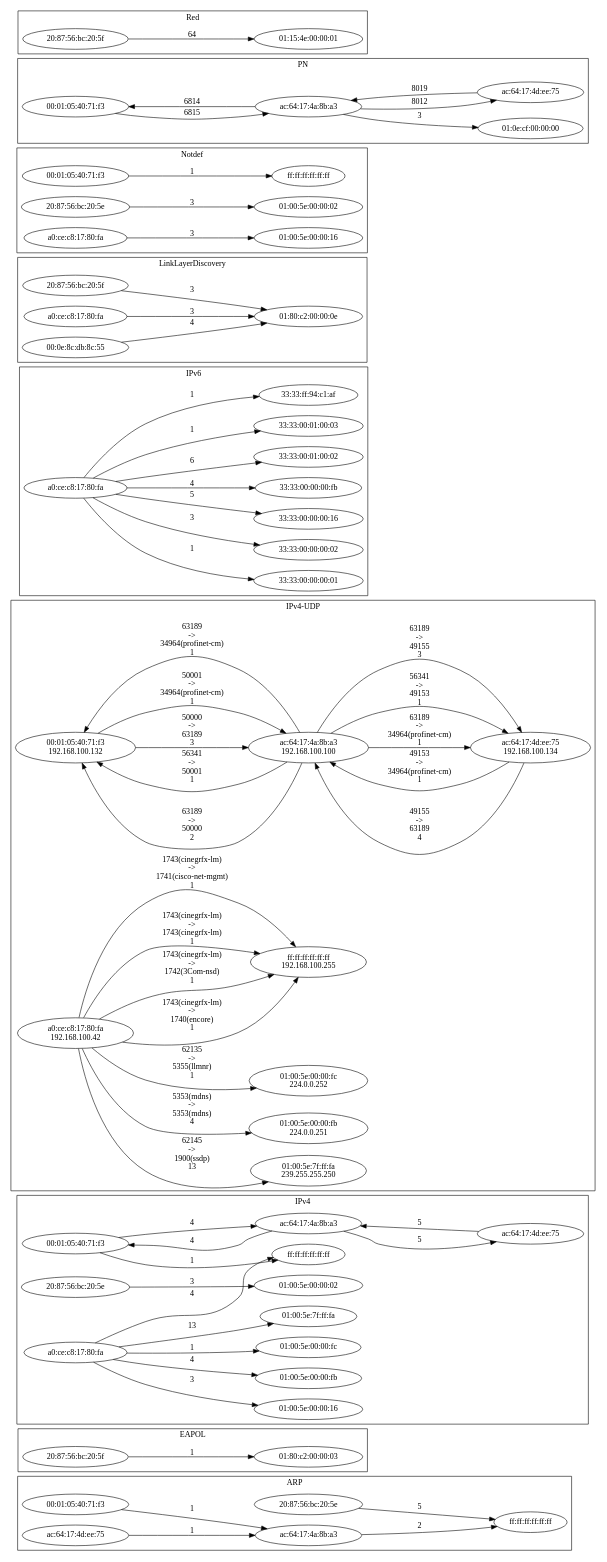
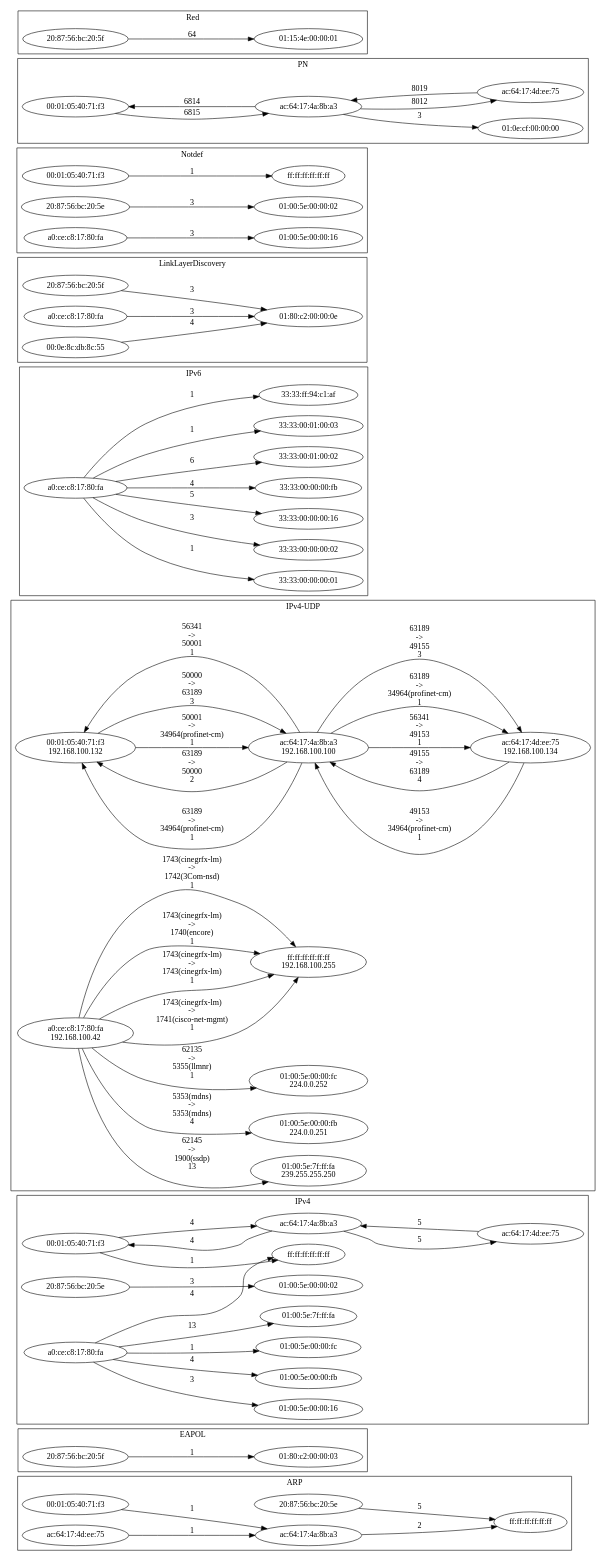
Before and after one commit to profAW/neTTool: the diagram in results/networkgraph.gv, drawn with Graphviz. The commit also changed 4 other files, not shown here.

```diff
--- a/results/networkgraph.gv
+++ b/results/networkgraph.gv
@@ -1,148 +1,148 @@
 digraph  {
  rankdir= LR;
 
 	subgraph cluster_s1 {
 		label="ARP";
-		n22[label="00:01:05:40:71:f3"];
-		n59[label="20:87:56:bc:20:5e"];
-		n18[label="ac:64:17:4a:8b:a3"];
-		n17[label="ac:64:17:4d:ee:75"];
-		n45[label="ff:ff:ff:ff:ff:ff"];
-		n22->n18[label="1"];
-		n59->n45[label="5"];
-		n18->n45[label="2"];
-		n17->n18[label="1"];
+		n15[label="00:01:05:40:71:f3"];
+		n34[label="20:87:56:bc:20:5e"];
+		n16[label="ac:64:17:4a:8b:a3"];
+		n46[label="ac:64:17:4d:ee:75"];
+		n35[label="ff:ff:ff:ff:ff:ff"];
+		n15->n16[label="1"];
+		n34->n35[label="5"];
+		n16->n35[label="2"];
+		n46->n16[label="1"];
 		
 	}
 	subgraph cluster_s8 {
 		label="EAPOL";
-		n38[label="01:80:c2:00:00:03"];
-		n37[label="20:87:56:bc:20:5f"];
-		n37->n38[label="1"];
+		n42[label="01:80:c2:00:00:03"];
+		n41[label="20:87:56:bc:20:5f"];
+		n41->n42[label="1"];
 		
 	}
 	subgraph cluster_s2 {
 		label="IPv4";
-		n44[label="00:01:05:40:71:f3"];
-		n30[label="01:00:5e:00:00:02"];
-		n33[label="01:00:5e:00:00:16"];
-		n46[label="01:00:5e:00:00:fb"];
-		n20[label="01:00:5e:00:00:fc"];
-		n26[label="01:00:5e:7f:ff:fa"];
-		n29[label="20:87:56:bc:20:5e"];
-		n19[label="a0:ce:c8:17:80:fa"];
-		n43[label="ac:64:17:4a:8b:a3"];
-		n42[label="ac:64:17:4d:ee:75"];
-		n47[label="ff:ff:ff:ff:ff:ff"];
-		n44->n47[label="1"];
-		n44->n43[label="4"];
-		n29->n30[label="3"];
-		n19->n20[label="1"];
-		n19->n26[label="13"];
-		n19->n33[label="3"];
-		n19->n46[label="4"];
-		n19->n47[label="4"];
-		n43->n44[label="4"];
-		n43->n42[label="5"];
-		n42->n43[label="5"];
+		n26[label="00:01:05:40:71:f3"];
+		n22[label="01:00:5e:00:00:02"];
+		n43[label="01:00:5e:00:00:16"];
+		n49[label="01:00:5e:00:00:fb"];
+		n59[label="01:00:5e:00:00:fc"];
+		n39[label="01:00:5e:7f:ff:fa"];
+		n21[label="20:87:56:bc:20:5e"];
+		n38[label="a0:ce:c8:17:80:fa"];
+		n25[label="ac:64:17:4a:8b:a3"];
+		n54[label="ac:64:17:4d:ee:75"];
+		n53[label="ff:ff:ff:ff:ff:ff"];
+		n26->n53[label="1"];
+		n26->n25[label="4"];
+		n21->n22[label="3"];
+		n38->n39[label="13"];
+		n38->n43[label="3"];
+		n38->n49[label="4"];
+		n38->n53[label="4"];
+		n38->n59[label="1"];
+		n25->n26[label="4"];
+		n25->n54[label="5"];
+		n54->n25[label="5"];
 		
 	}
 	subgraph cluster_s4 {
 		label="IPv4-TCP";
 		
 	}
 	subgraph cluster_s3 {
 		label="IPv4-UDP";
-		n53[label="00:01:05:40:71:f3 \n 192.168.100.132"];
-		n16[label="01:00:5e:00:00:fb \n 224.0.0.251"];
-		n56[label="01:00:5e:00:00:fc \n 224.0.0.252"];
-		n32[label="01:00:5e:7f:ff:fa \n 239.255.255.250"];
-		n15[label="a0:ce:c8:17:80:fa \n 192.168.100.42"];
-		n28[label="ac:64:17:4a:8b:a3 \n 192.168.100.100"];
-		n27[label="ac:64:17:4d:ee:75 \n 192.168.100.134"];
-		n31[label="ff:ff:ff:ff:ff:ff \n 192.168.100.255"];
-		n53->n28[label="50000 \n-> \n63189 \n 3"];
-		n53->n28[label="50001 \n-> \n34964(profinet-cm) \n 1"];
-		n15->n16[label="5353(mdns) \n-> \n5353(mdns) \n 4"];
-		n15->n31[label="1743(cinegrfx-lm) \n-> \n1741(cisco-net-mgmt) \n 1"];
-		n15->n32[label="62145 \n-> \n1900(ssdp) \n 13"];
-		n15->n31[label="1743(cinegrfx-lm) \n-> \n1740(encore) \n 1"];
-		n15->n56[label="62135 \n-> \n5355(llmnr) \n 1"];
-		n15->n31[label="1743(cinegrfx-lm) \n-> \n1742(3Com-nsd) \n 1"];
-		n15->n31[label="1743(cinegrfx-lm) \n-> \n1743(cinegrfx-lm) \n 1"];
-		n28->n27[label="63189 \n-> \n34964(profinet-cm) \n 1"];
-		n28->n27[label="56341 \n-> \n49153 \n 1"];
-		n28->n27[label="63189 \n-> \n49155 \n 3"];
-		n28->n53[label="63189 \n-> \n34964(profinet-cm) \n 1"];
-		n28->n53[label="63189 \n-> \n50000 \n 2"];
-		n28->n53[label="56341 \n-> \n50001 \n 1"];
-		n27->n28[label="49155 \n-> \n63189 \n 4"];
-		n27->n28[label="49153 \n-> \n34964(profinet-cm) \n 1"];
+		n14[label="00:01:05:40:71:f3 \n 192.168.100.132"];
+		n56[label="01:00:5e:00:00:fb \n 224.0.0.251"];
+		n51[label="01:00:5e:00:00:fc \n 224.0.0.252"];
+		n20[label="01:00:5e:7f:ff:fa \n 239.255.255.250"];
+		n19[label="a0:ce:c8:17:80:fa \n 192.168.100.42"];
+		n13[label="ac:64:17:4a:8b:a3 \n 192.168.100.100"];
+		n24[label="ac:64:17:4d:ee:75 \n 192.168.100.134"];
+		n23[label="ff:ff:ff:ff:ff:ff \n 192.168.100.255"];
+		n14->n13[label="50001 \n-> \n34964(profinet-cm) \n 1"];
+		n14->n13[label="50000 \n-> \n63189 \n 3"];
+		n19->n20[label="62145 \n-> \n1900(ssdp) \n 13"];
+		n19->n23[label="1743(cinegrfx-lm) \n-> \n1742(3Com-nsd) \n 1"];
+		n19->n23[label="1743(cinegrfx-lm) \n-> \n1741(cisco-net-mgmt) \n 1"];
+		n19->n23[label="1743(cinegrfx-lm) \n-> \n1743(cinegrfx-lm) \n 1"];
+		n19->n51[label="62135 \n-> \n5355(llmnr) \n 1"];
+		n19->n23[label="1743(cinegrfx-lm) \n-> \n1740(encore) \n 1"];
+		n19->n56[label="5353(mdns) \n-> \n5353(mdns) \n 4"];
+		n13->n14[label="56341 \n-> \n50001 \n 1"];
+		n13->n24[label="56341 \n-> \n49153 \n 1"];
+		n13->n24[label="63189 \n-> \n34964(profinet-cm) \n 1"];
+		n13->n14[label="63189 \n-> \n34964(profinet-cm) \n 1"];
+		n13->n14[label="63189 \n-> \n50000 \n 2"];
+		n13->n24[label="63189 \n-> \n49155 \n 3"];
+		n24->n13[label="49153 \n-> \n34964(profinet-cm) \n 1"];
+		n24->n13[label="49155 \n-> \n63189 \n 4"];
 		
 	}
 	subgraph cluster_s5 {
 		label="IPv6";
-		n23[label="33:33:00:00:00:01"];
-		n21[label="33:33:00:00:00:02"];
-		n51[label="33:33:00:00:00:16"];
-		n39[label="33:33:00:00:00:fb"];
-		n52[label="33:33:00:01:00:02"];
-		n12[label="33:33:00:01:00:03"];
-		n48[label="33:33:ff:94:c1:af"];
-		n11[label="a0:ce:c8:17:80:fa"];
-		n11->n12[label="1"];
-		n11->n21[label="3"];
-		n11->n23[label="1"];
-		n11->n39[label="4"];
-		n11->n48[label="1"];
-		n11->n51[label="5"];
-		n11->n52[label="6"];
+		n31[label="33:33:00:00:00:01"];
+		n37[label="33:33:00:00:00:02"];
+		n55[label="33:33:00:00:00:16"];
+		n40[label="33:33:00:00:00:fb"];
+		n60[label="33:33:00:01:00:02"];
+		n52[label="33:33:00:01:00:03"];
+		n28[label="33:33:ff:94:c1:af"];
+		n27[label="a0:ce:c8:17:80:fa"];
+		n27->n28[label="1"];
+		n27->n31[label="1"];
+		n27->n37[label="3"];
+		n27->n40[label="4"];
+		n27->n52[label="1"];
+		n27->n55[label="5"];
+		n27->n60[label="6"];
 		
 	}
 	subgraph cluster_s9 {
 		label="LinkLayerDiscovery";
-		n55[label="00:0e:8c:db:8c:55"];
-		n35[label="01:80:c2:00:00:0e"];
-		n60[label="20:87:56:bc:20:5f"];
-		n34[label="a0:ce:c8:17:80:fa"];
-		n55->n35[label="4"];
-		n60->n35[label="3"];
-		n34->n35[label="3"];
+		n36[label="00:0e:8c:db:8c:55"];
+		n18[label="01:80:c2:00:00:0e"];
+		n50[label="20:87:56:bc:20:5f"];
+		n17[label="a0:ce:c8:17:80:fa"];
+		n36->n18[label="4"];
+		n50->n18[label="3"];
+		n17->n18[label="3"];
 		
 	}
 	subgraph cluster_s10 {
 		label="Notdef";
-		n40[label="00:01:05:40:71:f3"];
-		n14[label="01:00:5e:00:00:02"];
-		n50[label="01:00:5e:00:00:16"];
-		n13[label="20:87:56:bc:20:5e"];
-		n49[label="a0:ce:c8:17:80:fa"];
-		n41[label="ff:ff:ff:ff:ff:ff"];
-		n40->n41[label="1"];
-		n13->n14[label="3"];
-		n49->n50[label="3"];
+		n57[label="00:01:05:40:71:f3"];
+		n45[label="01:00:5e:00:00:02"];
+		n30[label="01:00:5e:00:00:16"];
+		n44[label="20:87:56:bc:20:5e"];
+		n29[label="a0:ce:c8:17:80:fa"];
+		n58[label="ff:ff:ff:ff:ff:ff"];
+		n57->n58[label="1"];
+		n44->n45[label="3"];
+		n29->n30[label="3"];
 		
 	}
 	subgraph cluster_s6 {
 		label="PN";
-		n25[label="00:01:05:40:71:f3"];
-		n36[label="01:0e:cf:00:00:00"];
-		n24[label="ac:64:17:4a:8b:a3"];
-		n54[label="ac:64:17:4d:ee:75"];
-		n25->n24[label="6815"];
-		n24->n25[label="6814"];
-		n24->n36[label="3"];
-		n24->n54[label="8012"];
-		n54->n24[label="8019"];
+		n33[label="00:01:05:40:71:f3"];
+		n12[label="01:0e:cf:00:00:00"];
+		n11[label="ac:64:17:4a:8b:a3"];
+		n32[label="ac:64:17:4d:ee:75"];
+		n33->n11[label="6815"];
+		n11->n12[label="3"];
+		n11->n33[label="6814"];
+		n11->n32[label="8012"];
+		n32->n11[label="8019"];
 		
 	}
 	subgraph cluster_s7 {
 		label="Red";
-		n58[label="01:15:4e:00:00:01"];
-		n57[label="20:87:56:bc:20:5f"];
-		n57->n58[label="64"];
+		n48[label="01:15:4e:00:00:01"];
+		n47[label="20:87:56:bc:20:5f"];
+		n47->n48[label="64"];
 		
 	}
 	
 	
 }
```
